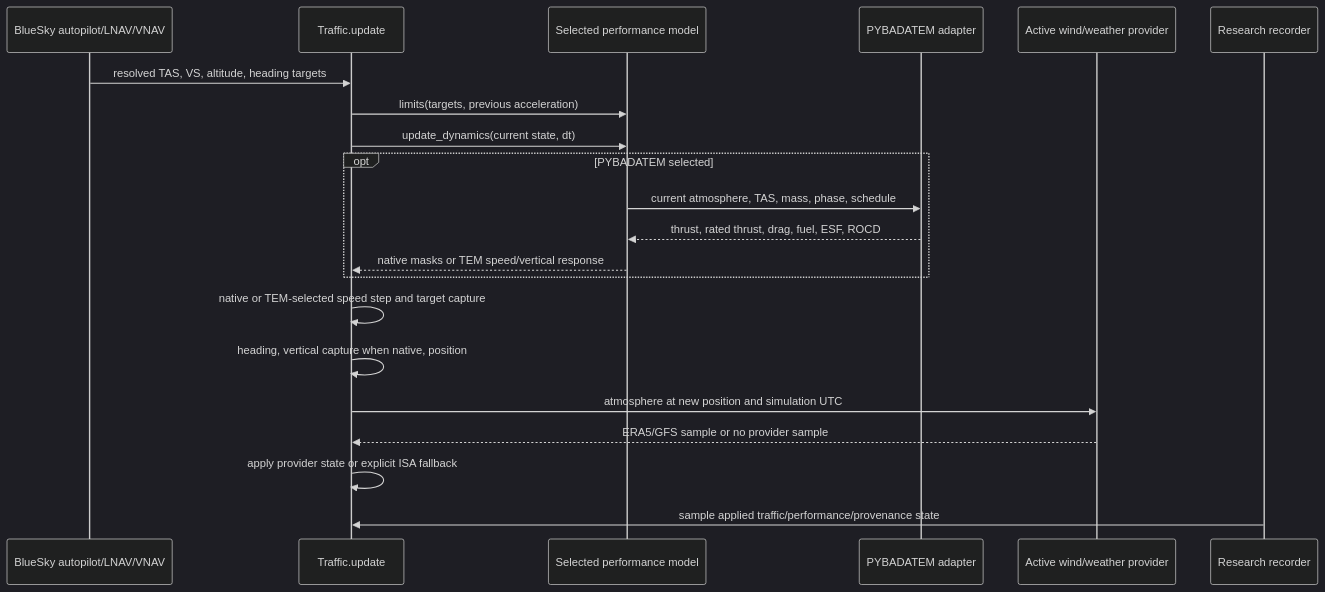
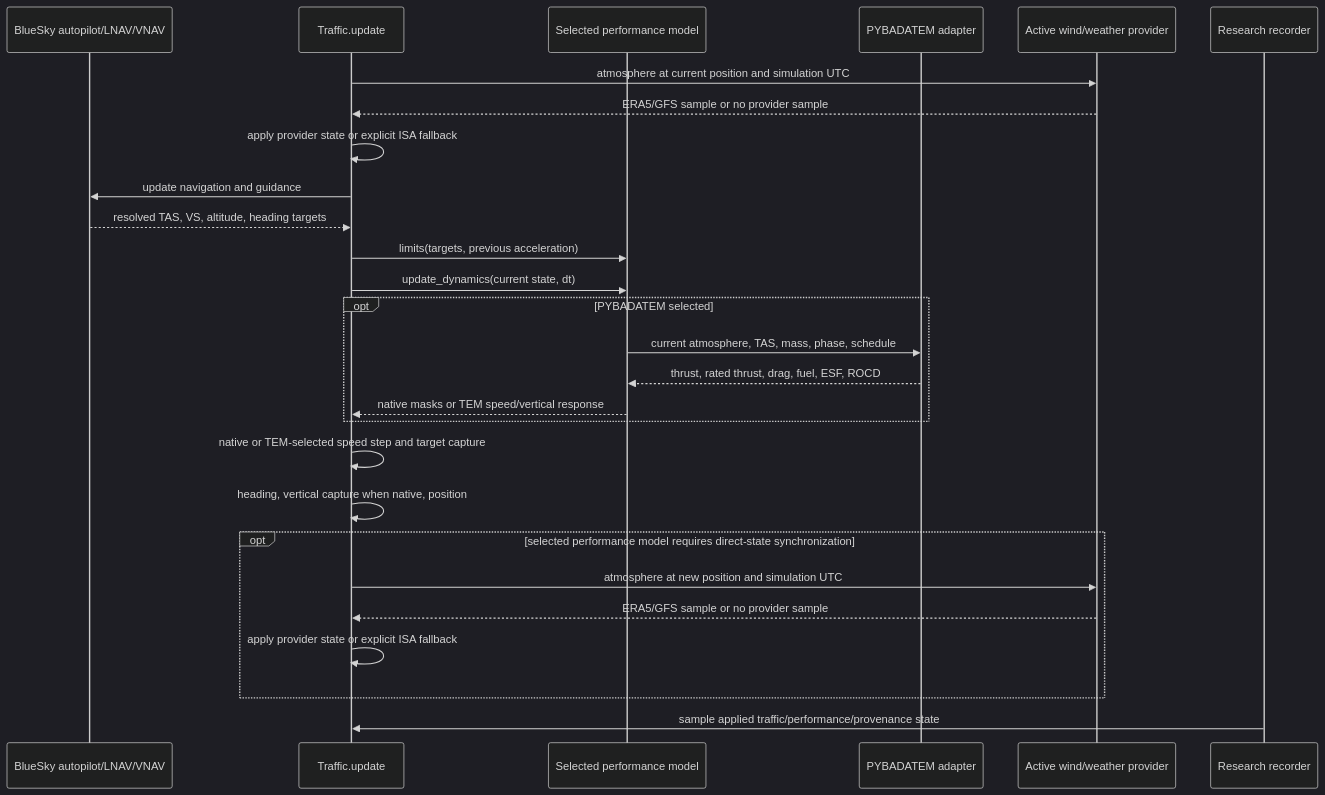
Before and after one commit to antoni-upc/bluesky: the second of 4 diagrams in docs/current-plugin-architecture.md, drawn with Mermaid (dark theme). The commit also changed other lines of this file and 1 other file, not shown here.

````diff
--- a/docs/current-plugin-architecture.md
+++ b/docs/current-plugin-architecture.md
@@ -52,23 +52,29 @@
 ```mermaid
 sequenceDiagram
     participant AP as BlueSky autopilot/LNAV/VNAV
     participant T as Traffic.update
     participant P as Selected performance model
     participant B as PYBADATEM adapter
     participant W as Active wind/weather provider
     participant R as Research recorder
-    AP->>T: resolved TAS, VS, altitude, heading targets
+    T->>W: atmosphere at current position and simulation UTC
+    W-->>T: ERA5/GFS sample or no provider sample
+    T->>T: apply provider state or explicit ISA fallback
+    T->>AP: update navigation and guidance
+    AP-->>T: resolved TAS, VS, altitude, heading targets
     T->>P: limits(targets, previous acceleration)
     T->>P: update_dynamics(current state, dt)
     opt PYBADATEM selected
         P->>B: current atmosphere, TAS, mass, phase, schedule
         B-->>P: thrust, rated thrust, drag, fuel, ESF, ROCD
         P-->>T: native masks or TEM speed/vertical response
     end
     T->>T: native or TEM-selected speed step and target capture
     T->>T: heading, vertical capture when native, position
-    T->>W: atmosphere at new position and simulation UTC
-    W-->>T: ERA5/GFS sample or no provider sample
-    T->>T: apply provider state or explicit ISA fallback
+    opt selected performance model requires direct-state synchronization
+        T->>W: atmosphere at new position and simulation UTC
+        W-->>T: ERA5/GFS sample or no provider sample
+        T->>T: apply provider state or explicit ISA fallback
+    end
     R->>T: sample applied traffic/performance/provenance state
 ```
````
